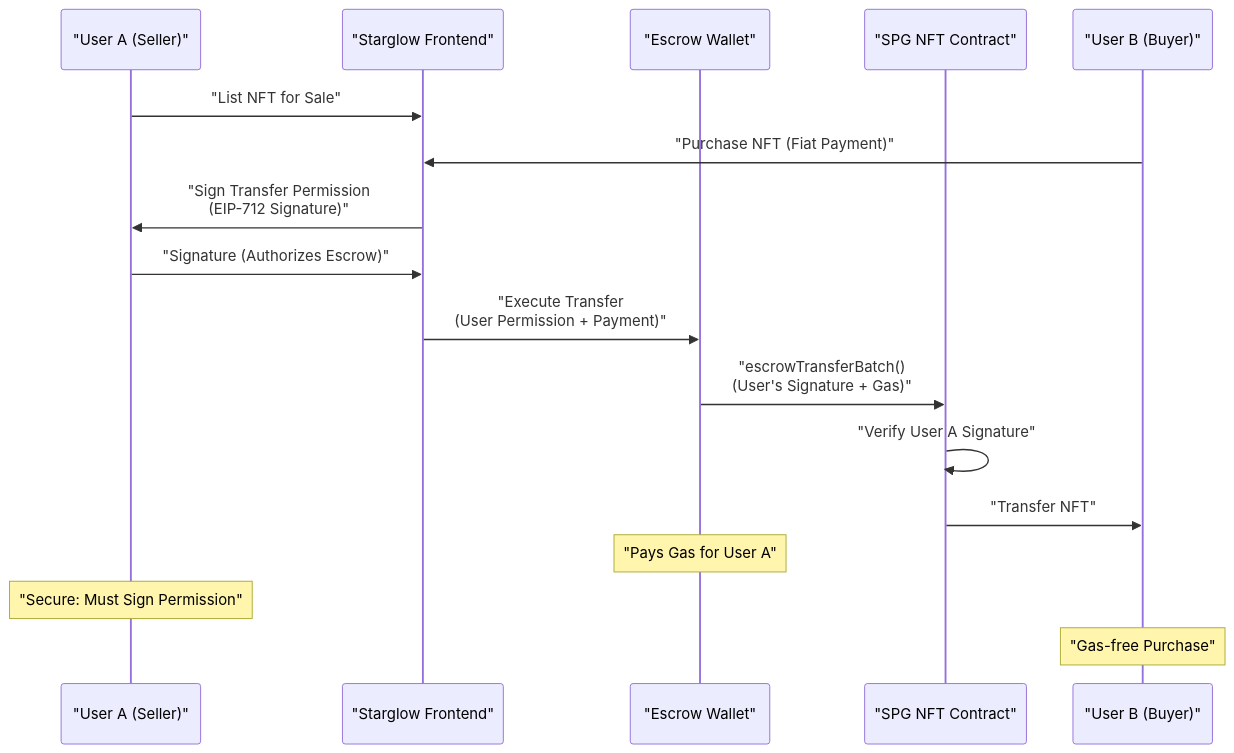
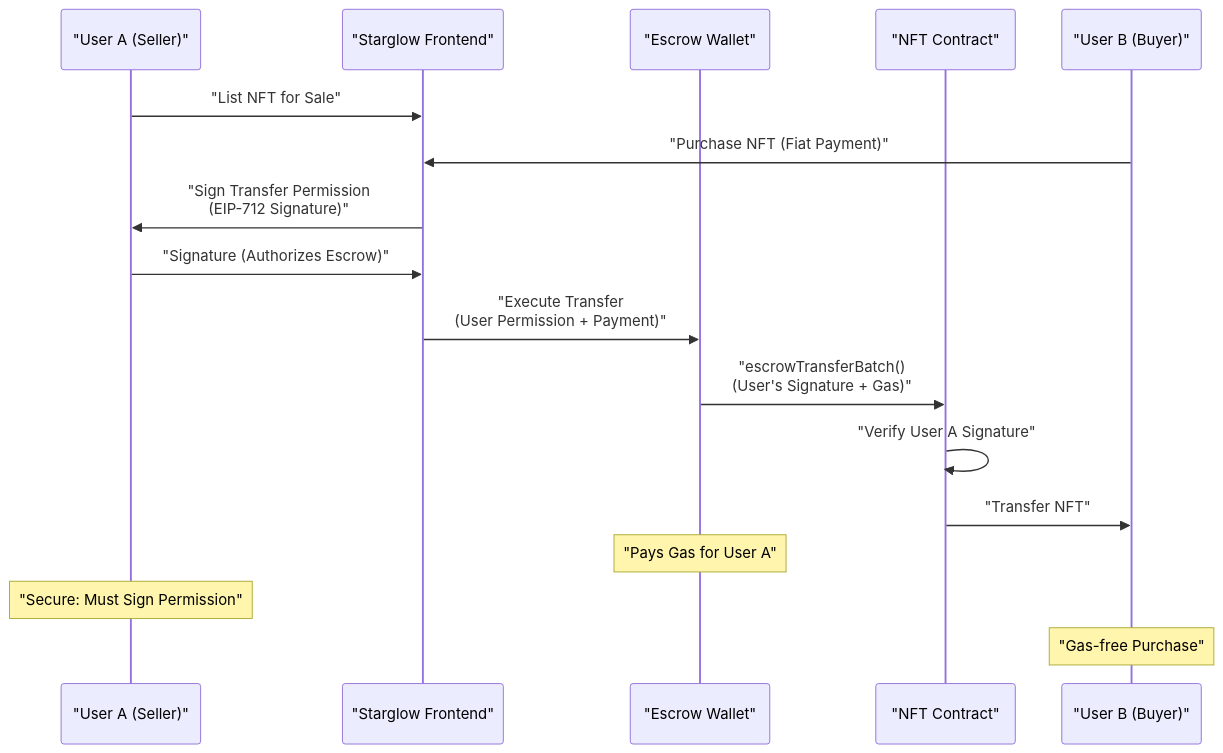
Before and after one commit to rs-ent/starglow: the second of 3 diagrams in Detailed Explanation on Technology Architecture.md, drawn with Mermaid. The commit also changed other lines of this file, not shown here.

Commit message:
Update Detailed Explanation on Technology Architecture.md

````diff
--- a/Detailed Explanation on Technology Architecture.md
+++ b/Detailed Explanation on Technology Architecture.md
@@ -146,23 +146,23 @@
 ```mermaid
 sequenceDiagram
     participant UserA as "User A (Seller)"
     participant Frontend as "Starglow Frontend"
     participant EscrowWallet as "Escrow Wallet"
-    participant NFTContract as "SPG NFT Contract"
+    participant NFTContract as "NFT Contract"
     participant UserB as "User B (Buyer)"
 
     UserA->>Frontend: "List NFT for Sale"
     UserB->>Frontend: "Purchase NFT (Fiat Payment)"
     Frontend->>UserA: "Sign Transfer Permission<br/>(EIP-712 Signature)"
 
     UserA->>Frontend: "Signature (Authorizes Escrow)"
     Frontend->>EscrowWallet: "Execute Transfer<br/>(User Permission + Payment)"
 
     EscrowWallet->>NFTContract: "escrowTransferBatch()<br/>(User's Signature + Gas)"
     NFTContract->>NFTContract: "Verify User A Signature"
     NFTContract->>UserB: "Transfer NFT"
 
     Note over EscrowWallet: "Pays Gas for User A"
     Note over UserA: "Secure: Must Sign Permission"
     Note over UserB: "Gas-free Purchase"
 ```
````
